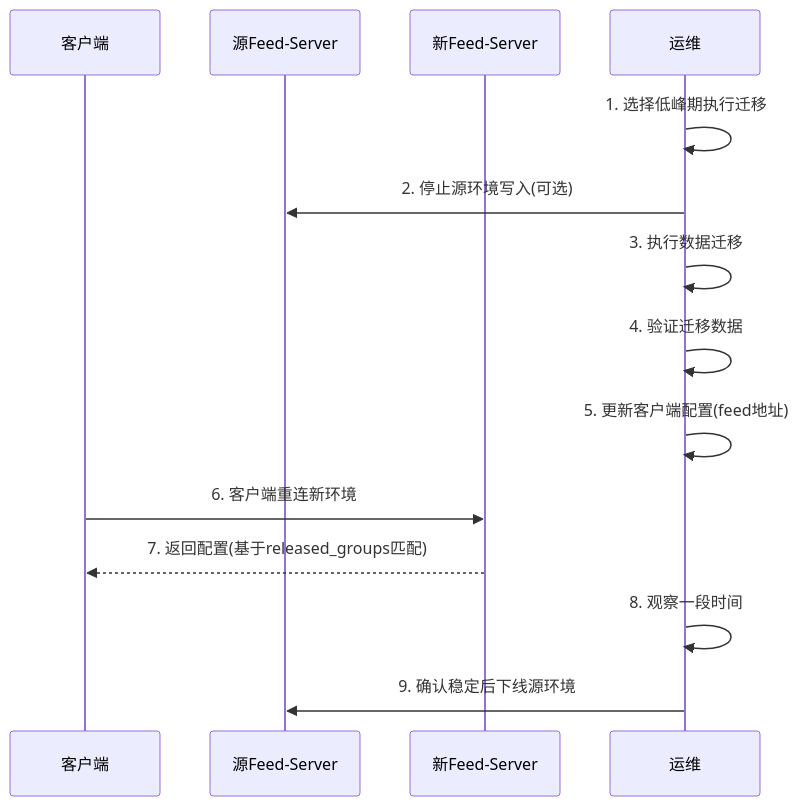
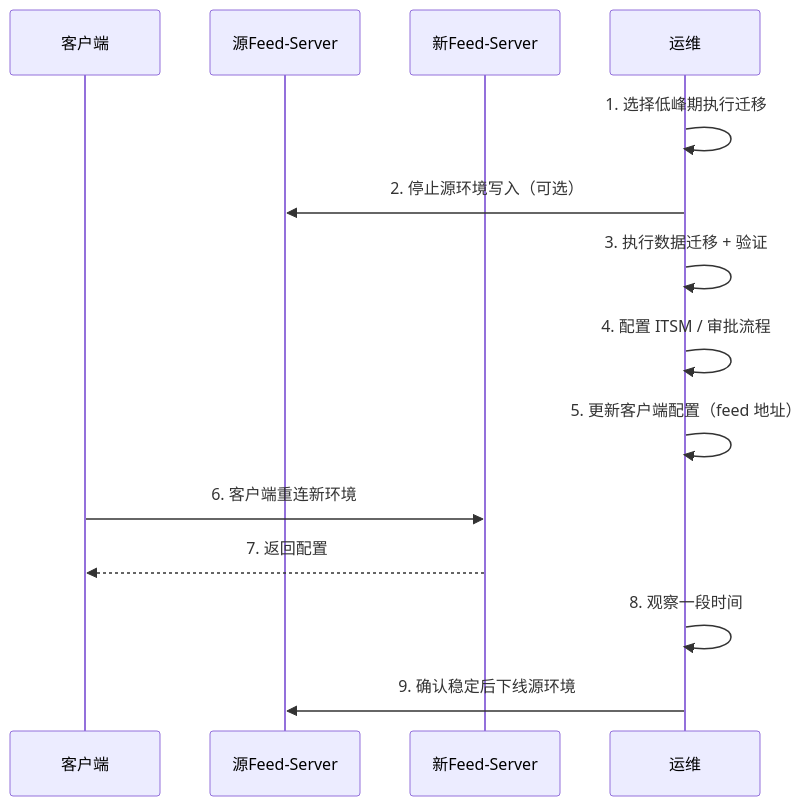
Before and after one commit to a-linye/bk-bscp: the seventh of 7 diagrams in cmd/tenant-migration/docs/多租户迁移plan.md, drawn with Mermaid. The commit also changed other lines of this file and 9 other files, not shown here.

````diff
--- a/cmd/tenant-migration/docs/多租户迁移plan.md
+++ b/cmd/tenant-migration/docs/多租户迁移plan.md
@@ -620,17 +600,17 @@
 ```mermaid
 sequenceDiagram
     participant Client as 客户端
     participant OldFeed as 源Feed-Server
     participant NewFeed as 新Feed-Server
     participant Admin as 运维
 
     Admin->>Admin: 1. 选择低峰期执行迁移
-    Admin->>OldFeed: 2. 停止源环境写入(可选)
-    Admin->>Admin: 3. 执行数据迁移
-    Admin->>Admin: 4. 验证迁移数据
-    Admin->>Admin: 5. 更新客户端配置(feed地址)
+    Admin->>OldFeed: 2. 停止源环境写入（可选）
+    Admin->>Admin: 3. 执行数据迁移 + 验证
+    Admin->>Admin: 4. 配置 ITSM / 审批流程
+    Admin->>Admin: 5. 更新客户端配置（feed 地址）
     Client->>NewFeed: 6. 客户端重连新环境
-    NewFeed-->>Client: 7. 返回配置(基于released_groups匹配)
+    NewFeed-->>Client: 7. 返回配置
     Admin->>Admin: 8. 观察一段时间
     Admin->>OldFeed: 9. 确认稳定后下线源环境
 ```
````
